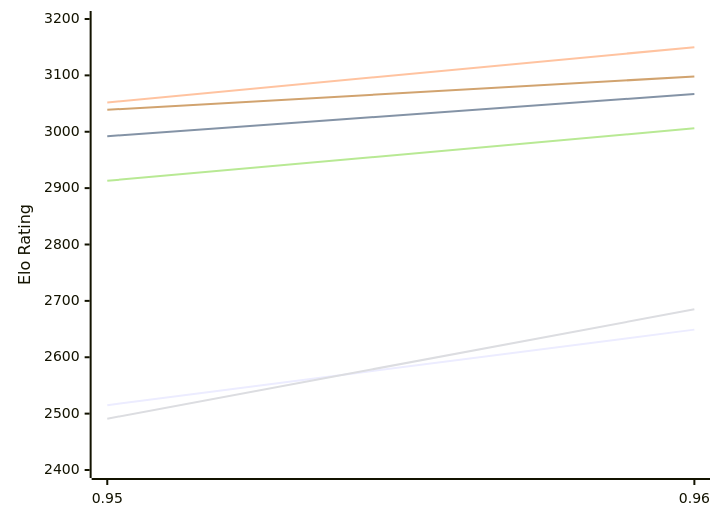
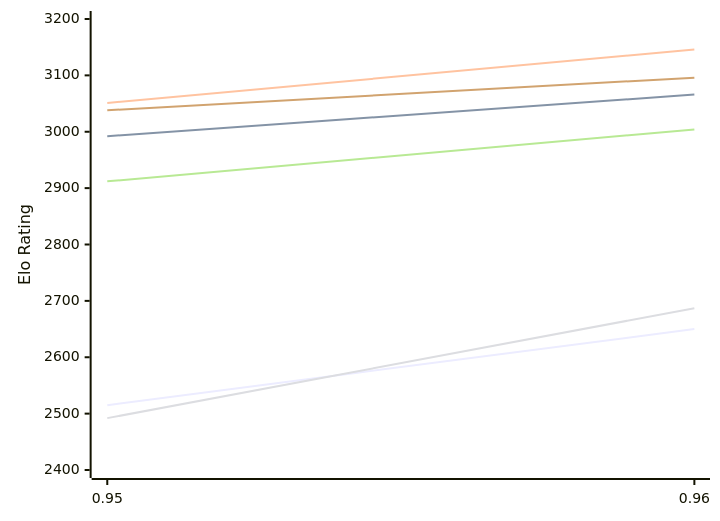
One commit to computer-chess-index/cci changed the first of 2 diagrams in engines/Myrddin.md. Above: the diagram before and after it, drawn with Mermaid. The commit also changed other lines of this file, not shown here.

Commit message:
Update CCI Ratings (ELO VLTC) - 2026-11-19

````diff
--- a/engines/Myrddin.md
+++ b/engines/Myrddin.md
@@ -51,12 +51,12 @@
 ```mermaid
 %%{init: {"theme":"base","themeVariables":{"seriesColors:['#a3a3a3','#222221','#faa371']}}}%%
 xychart-beta
   x-axis ["0.95", "0.96"]
   y-axis "Elo Rating" 2400 --> 3200
-  line "E1: STC (8.0+0.08s)" [2515, 2649]
-  line "E1: LTC (60.0+0.60s)" [2992, 3067]
-  line "E1: VLTC (2m24s+1.12s)" [3052, 3150]
-  line "P1: STC (8.0+0.08s)" [2491, 2685]
-  line "P1: LTC (60.0+0.60s)" [2913, 3006]
-  line "P1: VLTC (2m24s+1.12s)" [3039, 3098]
+  line "E1: STC (8.0+0.08s)" [2515, 2650]
+  line "E1: LTC (60.0+0.60s)" [2992, 3066]
+  line "E1: VLTC (2m24s+1.12s)" [3051, 3146]
+  line "P1: STC (8.0+0.08s)" [2492, 2687]
+  line "P1: LTC (60.0+0.60s)" [2912, 3004]
+  line "P1: VLTC (2m24s+1.12s)" [3038, 3096]
 ```
````
